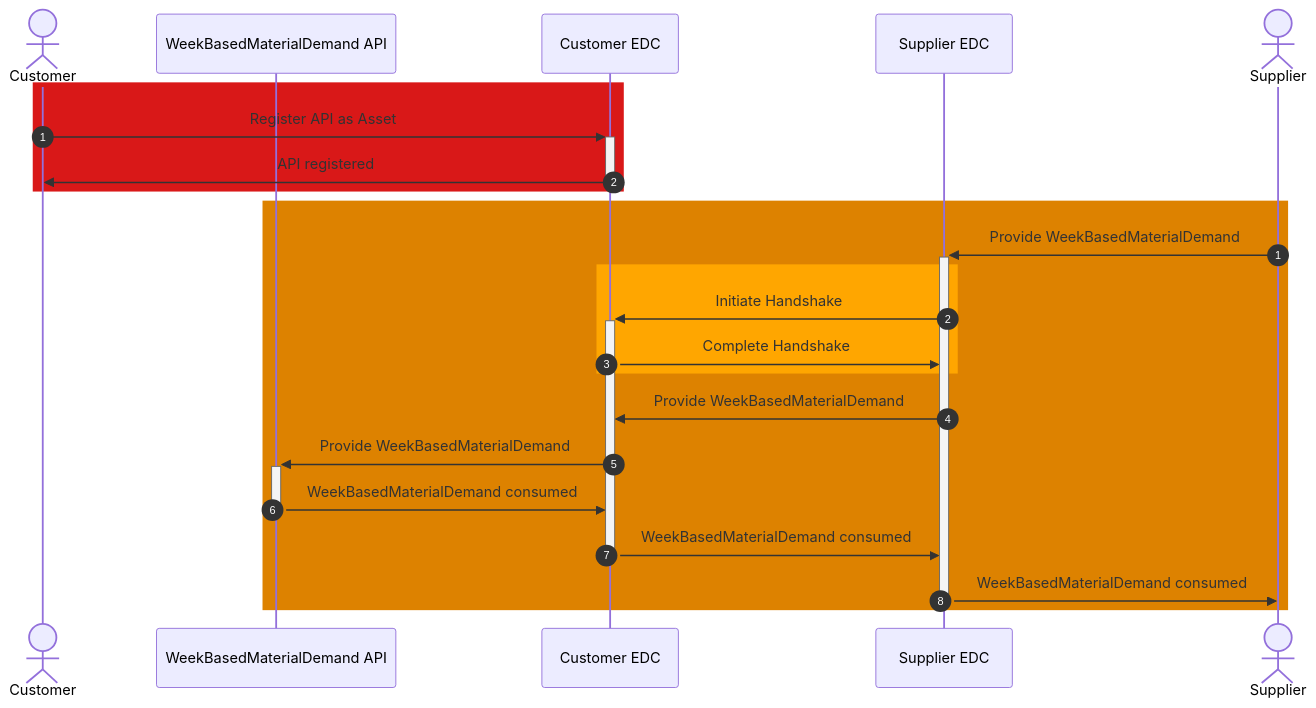
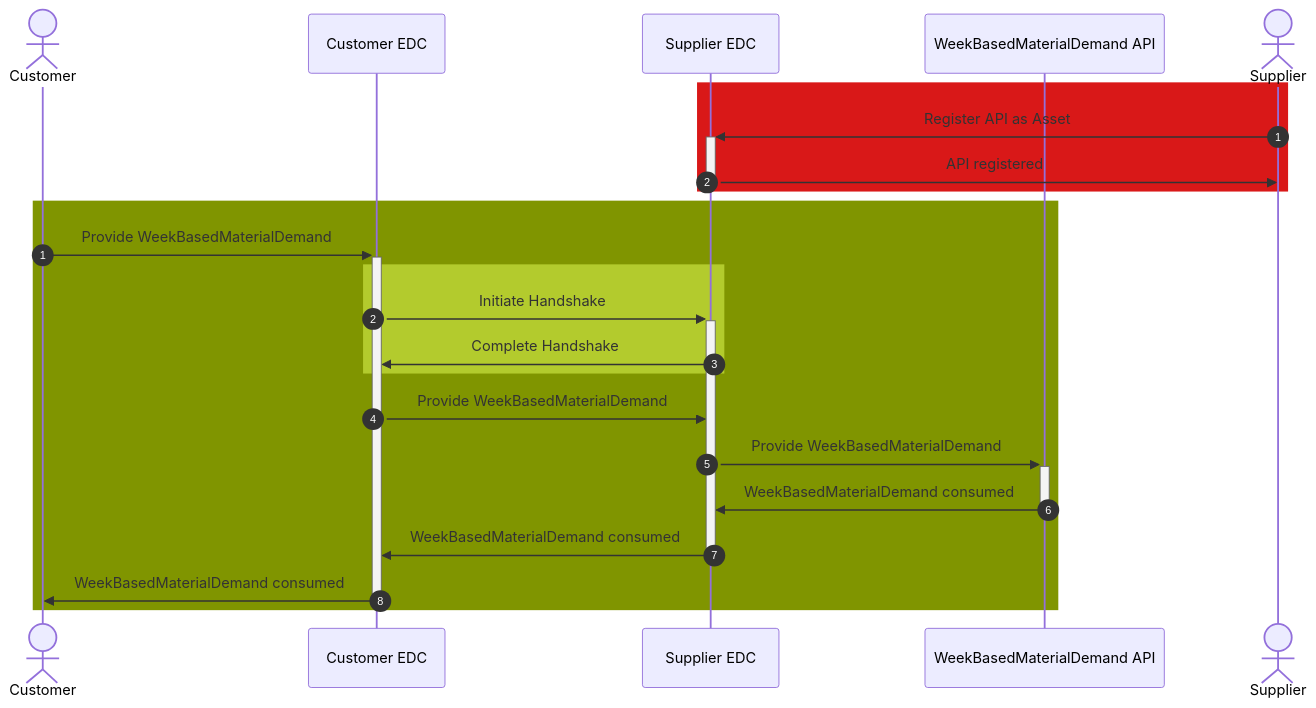
The diagram in docs-kits/kits/demand-and-capacity-management-kit/development-view/api-material-demand.md (eclipse-tractusx/eclipse-tractusx.github.io), drawn with Mermaid before and after one commit. The commit also changed other lines of this file, not shown here.

Commit message:
fix: reversed flow

````diff
--- a/docs-kits/kits/demand-and-capacity-management-kit/development-view/api-material-demand.md
+++ b/docs-kits/kits/demand-and-capacity-management-kit/development-view/api-material-demand.md
@@ -22,28 +22,28 @@
 ```mermaid
 sequenceDiagram
     actor c as Customer 
-    participant a as WeekBasedMaterialDemand API
     participant ce as Customer EDC
     participant se as Supplier EDC
+    participant a as WeekBasedMaterialDemand API
     actor s as Supplier
     
     rect rgb(217,24,24)
         autonumber 1
-        c->>+ce: Register API as Asset
-        ce->>-c: API registered
+        s->>+se: Register API as Asset
+        se->>-s: API registered
     end
-    rect rgb(221,130,0)
+    rect rgb(128,149,00)
         autonumber 1
-        s->>+se: Provide WeekBasedMaterialDemand
-        rect rgb(255,166,0)
-        se->>+ce: Initiate Handshake
-        ce->>se: Complete Handshake
+        c->>+ce: Provide WeekBasedMaterialDemand
+        rect rgb(179,203,45)
+        ce->>+se: Initiate Handshake
+        se->>ce: Complete Handshake
         end
-    se->>ce: Provide WeekBasedMaterialDemand
-    ce->>+a: Provide WeekBasedMaterialDemand
-    a->>-ce: WeekBasedMaterialDemand consumed
-    ce->>-se: WeekBasedMaterialDemand consumed
-    se->>-s: WeekBasedMaterialDemand consumed
+    ce->>se: Provide WeekBasedMaterialDemand
+    se->>+a: Provide WeekBasedMaterialDemand
+    a->>-se: WeekBasedMaterialDemand consumed
+    se->>-ce: WeekBasedMaterialDemand consumed
+    ce->>-c: WeekBasedMaterialDemand consumed
     
     end
 ```
````
